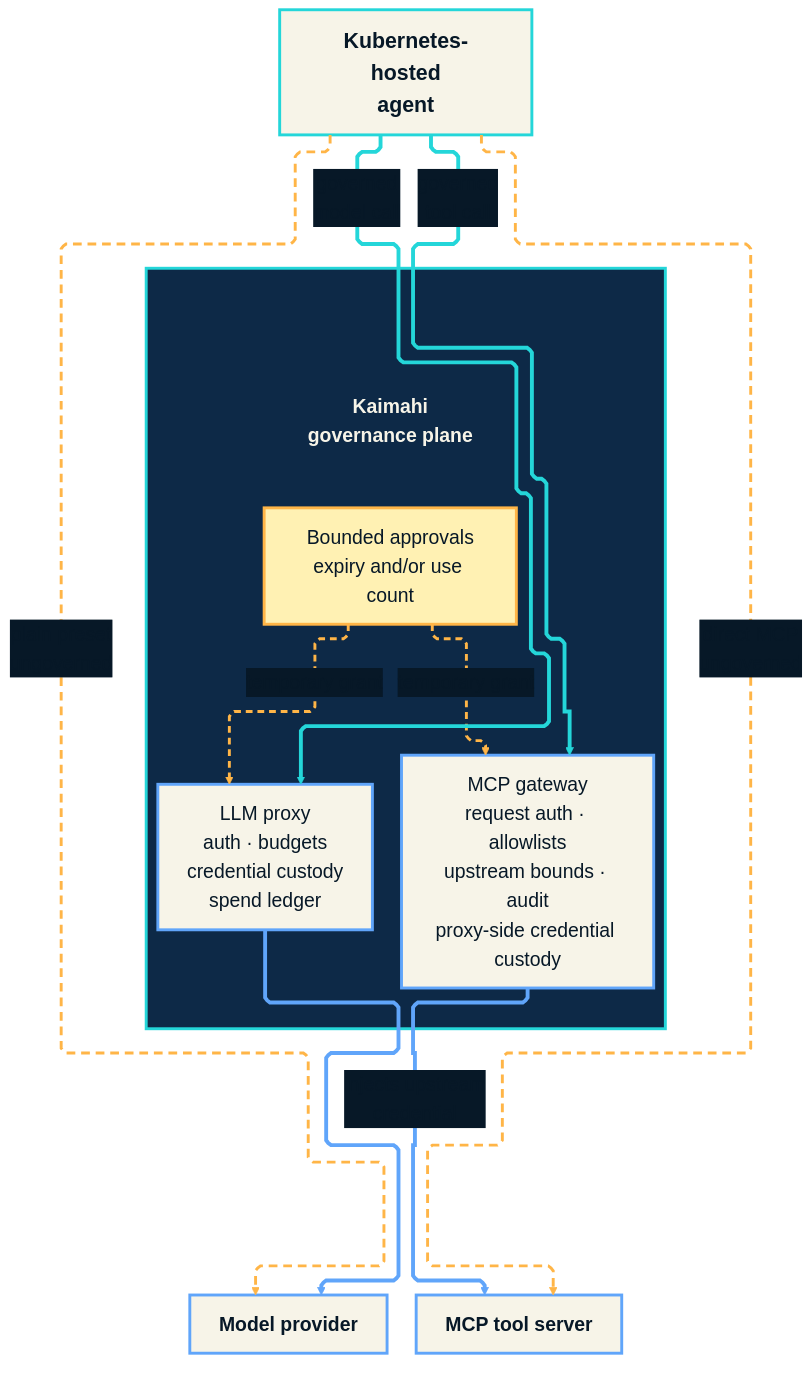
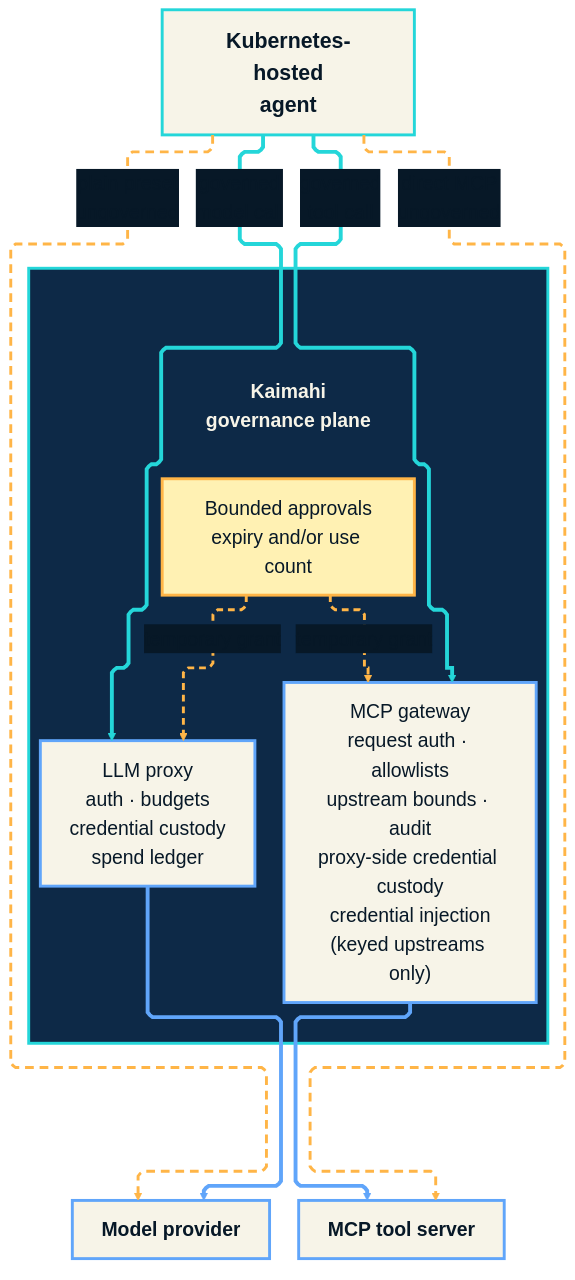
One commit to gambtho/tomte changed the diagram in docs/assets/architecture.mmd. Above: the diagram before and after it, drawn with Mermaid. The commit also changed 1 other file, not shown here.

Commit message:
docs: compact governance architecture

```diff
--- a/docs/assets/architecture.mmd
+++ b/docs/assets/architecture.mmd
@@ -1,83 +1,83 @@
 ---
 config:
   theme: base
   themeCSS: |
     .edgeLabels .edgeLabel span,
     .edgeLabels .edgeLabel p {
       color: #F7F4E8 !important;
       fill: #F7F4E8 !important;
     }
   layout: elk
   elk:
     mergeEdges: false
     nodePlacementStrategy: SIMPLE
     nodePlacementAlignment: BALANCED
     forceNodeModelOrder: true
     considerModelOrder: NODES_AND_EDGES
   flowchart:
     htmlLabels: true
     nodeSpacing: 24
     rankSpacing: 36
     curve: linear
   themeVariables:
     background: "#071827"
     fontFamily: "Arial, Helvetica, sans-serif"
     fontSize: 20px
     textColor: "#F7F4E8"
     titleColor: "#F7F4E8"
     nodeTextColor: "#F7F4E8"
     primaryColor: "#F7F4E8"
     primaryTextColor: "#071827"
     primaryBorderColor: "#24D6D9"
     lineColor: "#24D6D9"
     edgeLabelBackground: "#071827"
     clusterBkg: "#0D2947"
     clusterBorder: "#24D6D9"
 ---
 flowchart TB
     accTitle: Kaimahi governance architecture
     accDescr: A Kubernetes-hosted agent uses Kaimahi's governed model and tool paths, while dashed direct paths are explicitly ungoverned.
 
     A["Kubernetes-hosted<br/>agent"]
 
     subgraph K[" "]
       direction TB
       H["Kaimahi<br/>governance plane"]
       P["Bounded approvals<br/>expiry and/or use count"]
       L["LLM proxy<br/>auth · budgets<br/>credential custody<br/>spend ledger"]
-      T["MCP gateway<br/>request auth · allowlists<br/>upstream bounds · audit<br/>proxy-side credential custody"]
+      T["MCP gateway<br/>request auth · allowlists<br/>upstream bounds · audit<br/>proxy-side credential custody<br/>credential injection<br/>(keyed upstreams only)"]
       H ~~~ P
       P -. "temporary grant" .-> L
       P -. "temporary grant" .-> T
     end
 
     subgraph E[" "]
       direction LR
       M["Model provider"]
       X["MCP tool server"]
     end
 
     A -->|"governed<br/>model call"| L
     A -->|"governed<br/>tool call"| T
     L --> M
-    T -->|"injects upstream<br/>credential"| X
+    T --> X
     A -. "plain preset<br/>ungoverned" .-> M
     A -. "direct MCP<br/>ungoverned" .-> X
 
     classDef agent fill:#F7F4E8,color:#071827,stroke:#24D6D9,stroke-width:3px,font-size:22px,font-weight:bold;
     classDef control fill:#F7F4E8,color:#071827,stroke:#60A5FA,stroke-width:3px,font-size:20px;
     classDef approval fill:#FFF1B3,color:#071827,stroke:#FFB547,stroke-width:3px,font-size:20px;
     classDef target fill:#F7F4E8,color:#071827,stroke:#60A5FA,stroke-width:3px,font-size:20px,font-weight:bold;
     classDef heading fill:transparent,color:#F7F4E8,stroke:transparent,font-size:20px,font-weight:bold;
     class A agent;
     class L,T control;
     class P approval;
     class H heading;
     class M,X target;
     style K fill:#0D2947,stroke:#24D6D9,stroke-width:3px,color:#F7F4E8
     style E fill:transparent,stroke:transparent
     linkStyle 0 stroke:transparent,fill:none;
     linkStyle 1,2 stroke:#FFB547,color:#FFF1B3,stroke-width:3px,stroke-dasharray:7 5;
     linkStyle 3,4 stroke:#24D6D9,color:#F7F4E8,stroke-width:4px;
     linkStyle 5,6 stroke:#60A5FA,color:#F7F4E8,stroke-width:4px;
     linkStyle 7,8 stroke:#FFB547,color:#FFF1B3,stroke-width:3px,stroke-dasharray:9 6;
```
